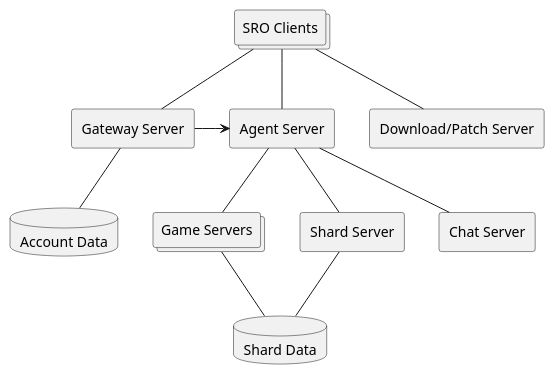
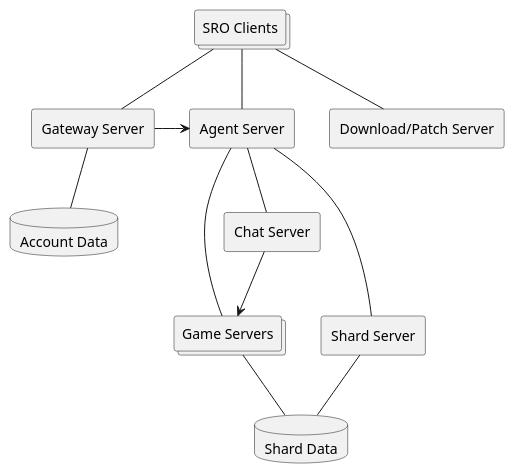
The diagram in _docs/architecture.puml (ferdoran/go-sro), drawn with PlantUML before and after one commit. The commit also changed 1 other file, not shown here.

```diff
--- a/_docs/architecture.puml
+++ b/_docs/architecture.puml
@@ -1,27 +1,28 @@
 @startuml architecture
 
 collections "SRO Clients" as clients
 rectangle "Gateway Server" as gateway
 rectangle "Agent Server" as ag
 collections "Game Servers" as game
 rectangle "Shard Server" as shard
 rectangle "Download/Patch Server" as patch
 rectangle "Chat Server" as chat
 database "Account Data" as db_acc
 database "Shard Data" as db_shard
 
 clients -- patch
 clients -- gateway
 clients -- ag
 
 gateway -right-> ag
 
 ag -- game
 ag -- shard
 ag -- chat
+chat --> game
 
 gateway -- db_acc
 game -- db_shard
 shard -- db_shard
 
 @enduml
```
